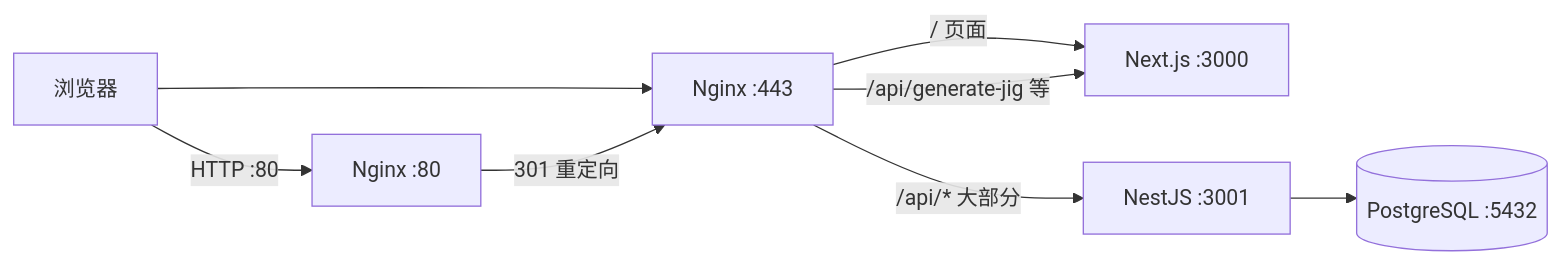
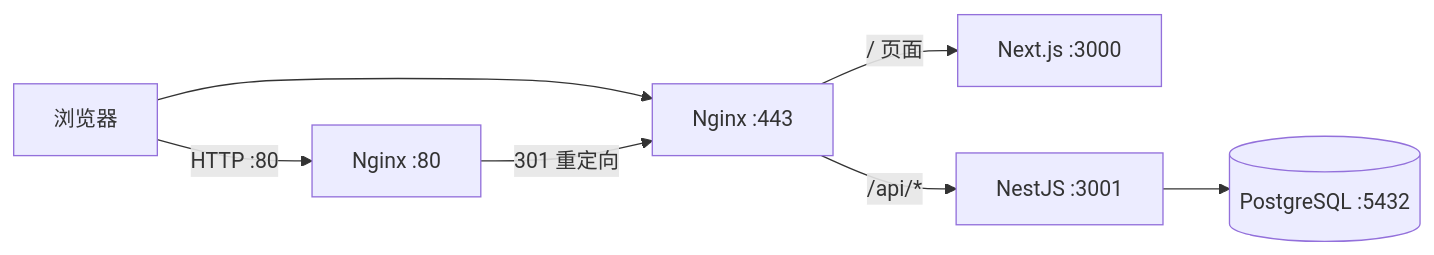
One commit to Hanggesimida/keyboard-designer changed the diagram in docs/DEPLOYMENT.md. Above: the diagram before and after it, drawn with Mermaid. The commit also changed other lines of this file and 39 other files, not shown here.

````diff
--- a/docs/DEPLOYMENT.md
+++ b/docs/DEPLOYMENT.md
@@ -9,10 +9,9 @@
 ```mermaid
 flowchart LR
     Client[浏览器] --> Nginx[Nginx :443]
     Client -->|HTTP :80| Nginx80[Nginx :80]
     Nginx80 -->|301 重定向| Nginx
     Nginx -->|"/ 页面"| Web[Next.js :3000]
-    Nginx -->|"/api/* 大部分"| API[NestJS :3001]
-    Nginx -->|"/api/generate-jig 等"| Web
+    Nginx -->|"/api/*"| API[NestJS :3001]
     API --> PG[(PostgreSQL :5432)]
 ```
````
